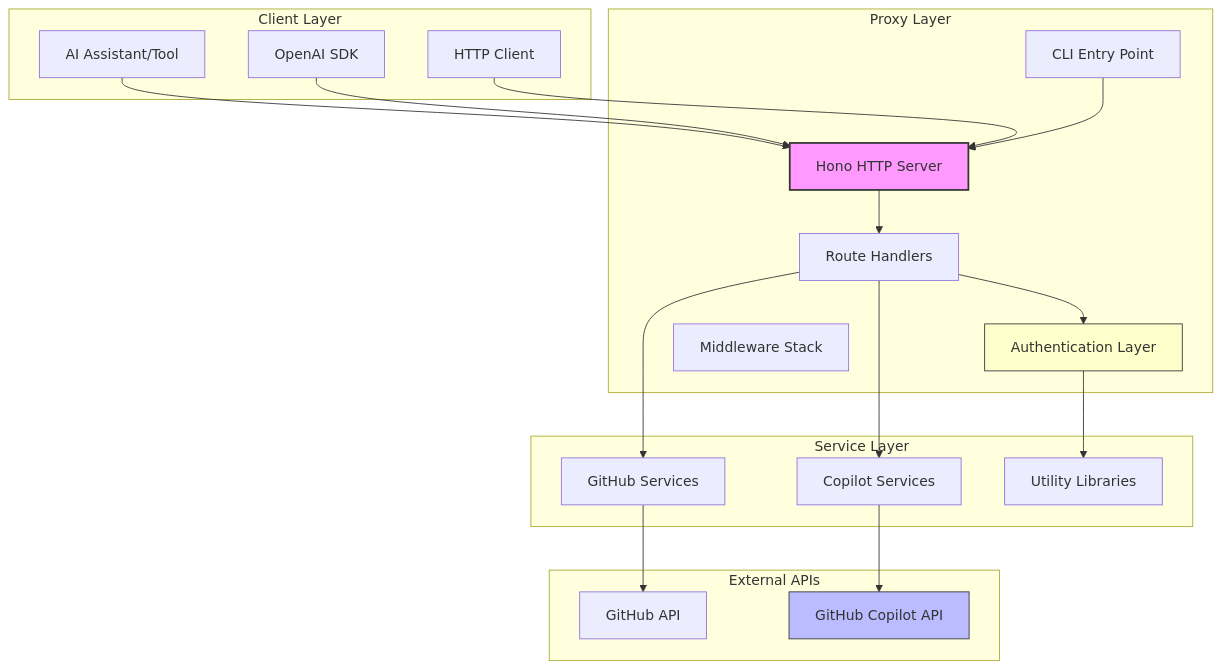
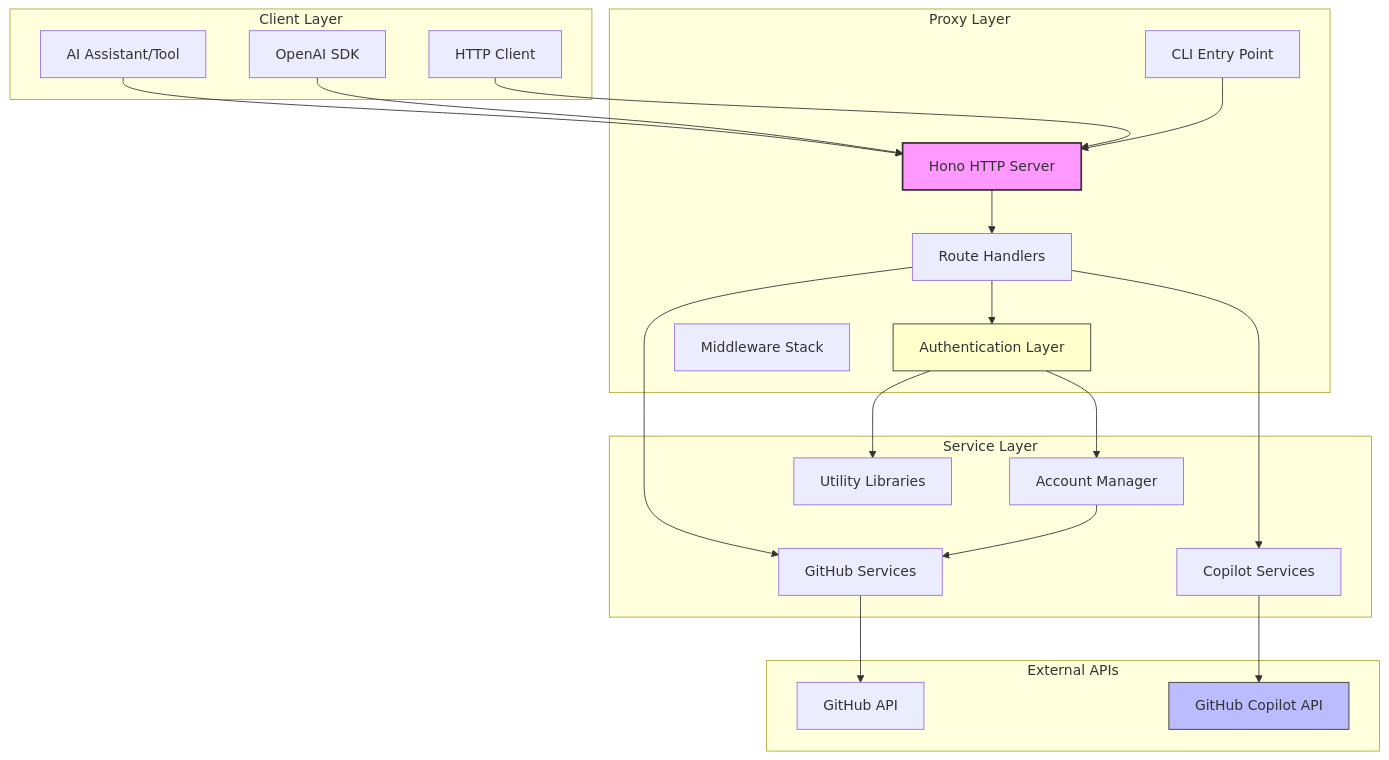
One commit to ekartashov/copilot-api changed the first of 6 diagrams in docs/architecture.md. Above: the diagram before and after it, drawn with Mermaid. The commit also changed other lines of this file and 8 other files, not shown here.

````diff
--- a/docs/architecture.md
+++ b/docs/architecture.md
@@ -11,44 +11,47 @@
 ```mermaid
 graph TB
     subgraph "Client Layer"
         Client[AI Assistant/Tool]
         SDK[OpenAI SDK]
         HTTP[HTTP Client]
     end
 
     subgraph "Proxy Layer"
         CLI[CLI Entry Point]
         Server[Hono HTTP Server]
         Auth[Authentication Layer]
         Routes[Route Handlers]
         Middleware[Middleware Stack]
     end
 
     subgraph "Service Layer"
         GitHub[GitHub Services]
         Copilot[Copilot Services]
+        AccountMgr[Account Manager]
         Utils[Utility Libraries]
     end
 
     subgraph "External APIs"
         GitHubAPI[GitHub API]
         CopilotAPI[GitHub Copilot API]
     end
 
     Client --> Server
     SDK --> Server
     HTTP --> Server
 
     CLI --> Server
     Server --> Routes
     Routes --> Auth
     Routes --> GitHub
     Routes --> Copilot
+    Auth --> AccountMgr
     Auth --> Utils
+    AccountMgr --> GitHub
     GitHub --> GitHubAPI
     Copilot --> CopilotAPI
 
     style Server fill:#f9f,stroke:#333,stroke-width:2px
     style Auth fill:#ffc,stroke:#333,stroke-width:1px
     style CopilotAPI fill:#bbf,stroke:#333,stroke-width:1px
 ```
````
